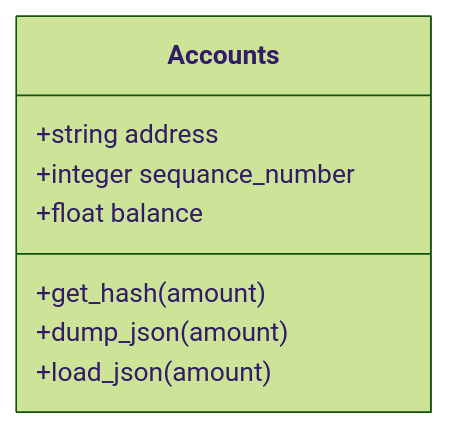
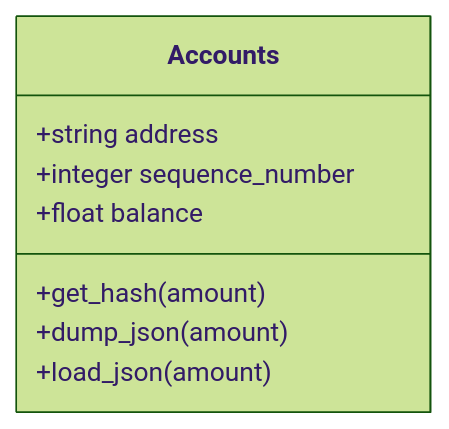
Before and after one commit to Naruno/Naruno: the first of 2 diagrams in docs/concepts/accounts.md, drawn with Mermaid (forest theme). The commit also changed 9 other files, not shown here.

````diff
--- a/docs/concepts/accounts.md
+++ b/docs/concepts/accounts.md
@@ -17,11 +17,11 @@
 ```mermaid
 classDiagram
     class Accounts
     Accounts : +string address
-    Accounts : +integer sequance_number
+    Accounts : +integer sequence_number
     Accounts : +float balance
     Accounts : +get_hash(amount)
     Accounts : +dump_json(amount)
     Accounts : +load_json(amount)
 
 ```
````
